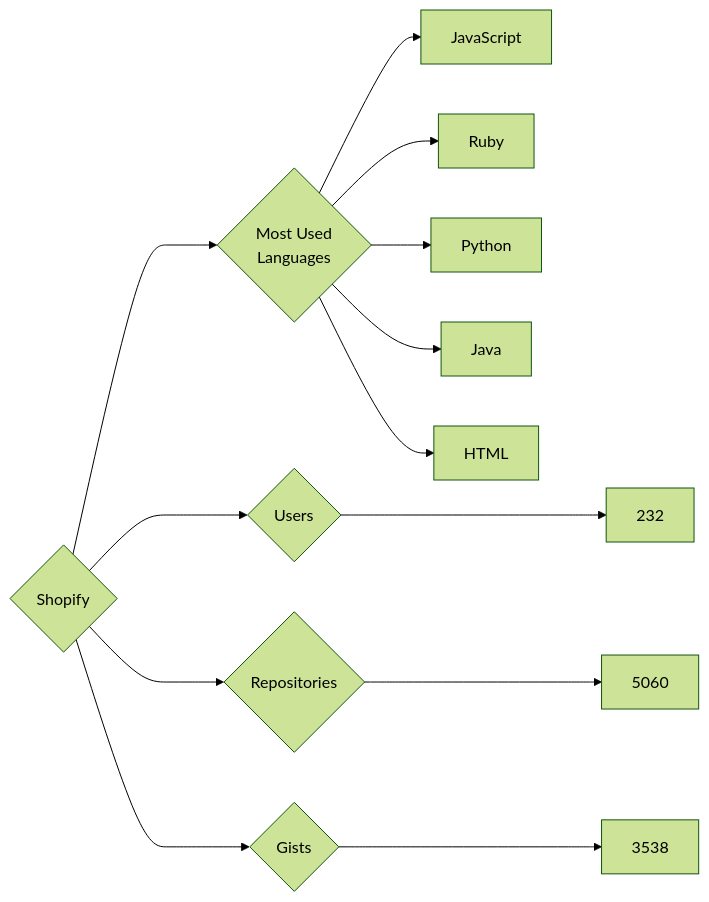
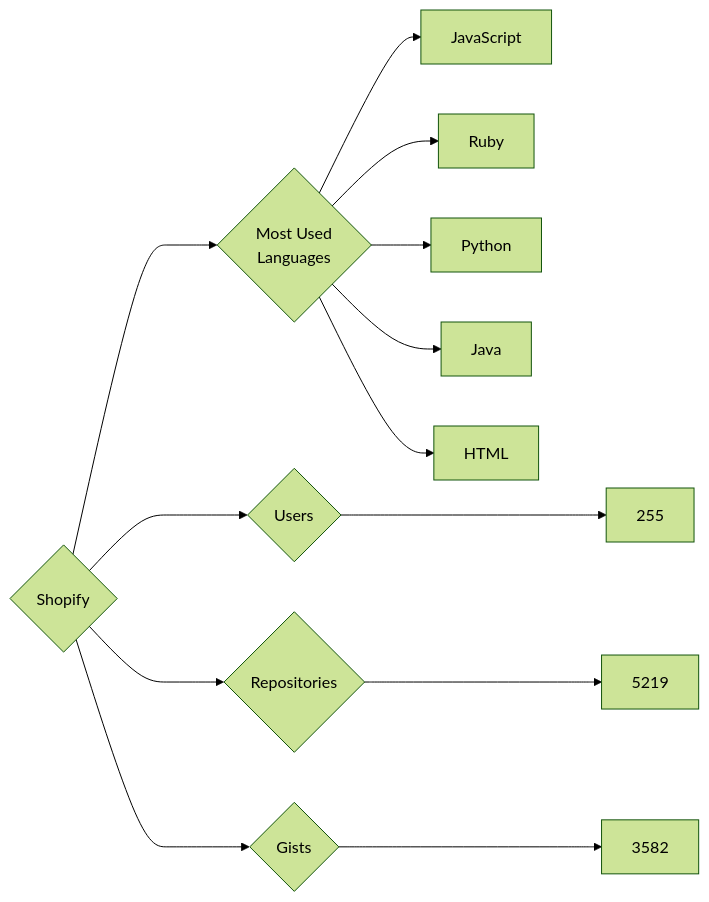
Before and after one commit to trickest/insiders: the diagram in targets/Shopify/README.md, drawn with Mermaid (forest theme). The commit also changed 1011 other files, not shown here.

````diff
--- a/targets/Shopify/README.md
+++ b/targets/Shopify/README.md
@@ -3,13 +3,13 @@
 ```mermaid
 graph LR
 COMPANY_NAME{Shopify}
-COMPANY_NAME ---> U{Users} ---> UN[232]
-COMPANY_NAME ---> R{Repositories} ---> RN[5060]
-COMPANY_NAME ---> G{Gists} ---> GN[3538]
+COMPANY_NAME ---> U{Users} ---> UN[255]
+COMPANY_NAME ---> R{Repositories} ---> RN[5219]
+COMPANY_NAME ---> G{Gists} ---> GN[3582]
 COMPANY_NAME ---> ML{Most Used<br>Languages}
 ML --> JavaScript[JavaScript]
 ML --> Ruby[Ruby]
 ML --> Python[Python]
 ML --> Java[Java]
 ML --> HTML[HTML]
 ```
````
